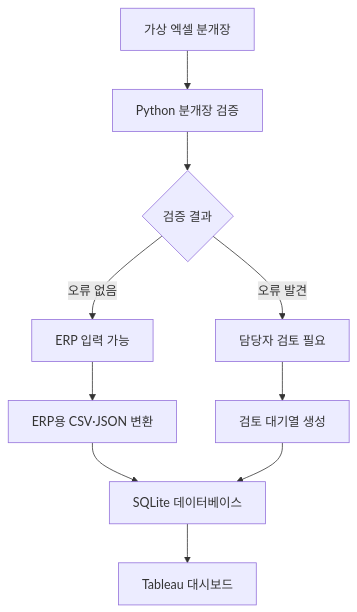
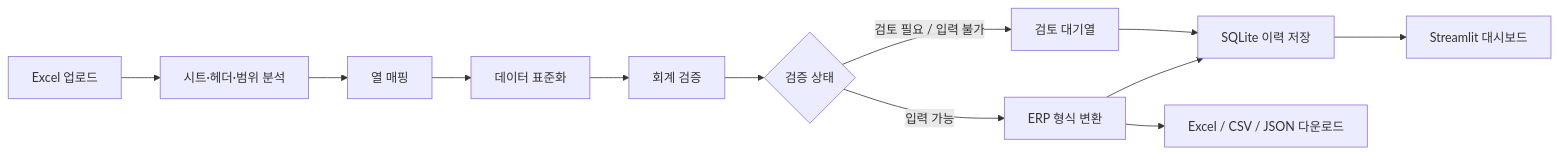
One commit to deedyu/accounting-erp-automation changed the diagram in README.md. Above: the diagram before and after it, drawn with Mermaid. The commit also changed other lines of this file, not shown here.

````diff
--- a/README.md
+++ b/README.md
@@ -187,12 +82,14 @@
 ```mermaid
-flowchart TD
-    A[가상 엑셀 분개장] --> B[Python 분개장 검증]
-    B --> C{검증 결과}
-    C -->|오류 없음| D[ERP 입력 가능]
-    C -->|오류 발견| E[담당자 검토 필요]
-    D --> F[ERP용 CSV·JSON 변환]
-    E --> G[검토 대기열 생성]
-    F --> H[SQLite 데이터베이스]
-    G --> H
-    H --> I[Tableau 대시보드]
+flowchart LR
+    A[Excel 업로드] --> B[시트·헤더·범위 분석]
+    B --> C[열 매핑]
+    C --> D[데이터 표준화]
+    D --> E[회계 검증]
+    E --> F{검증 상태}
+    F -->|입력 가능| G[ERP 형식 변환]
+    F -->|검토 필요 / 입력 불가| H[검토 대기열]
+    G --> I[SQLite 이력 저장]
+    H --> I
+    I --> J[Streamlit 대시보드]
+    G --> K[Excel / CSV / JSON 다운로드]
 ```
````
